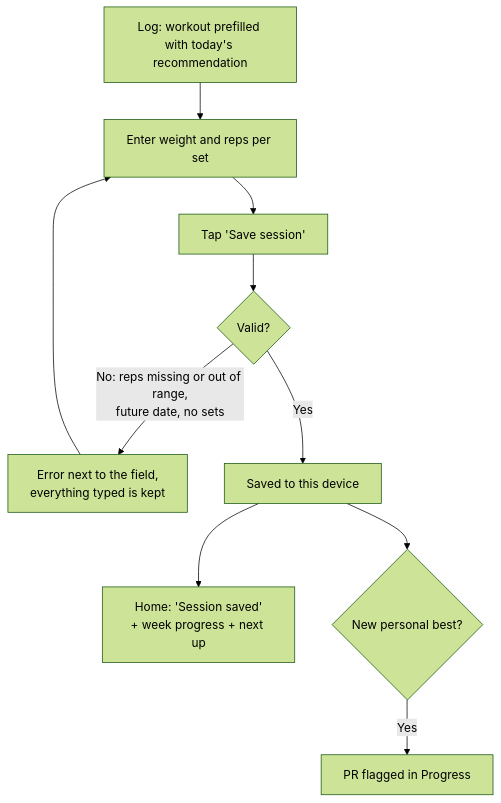
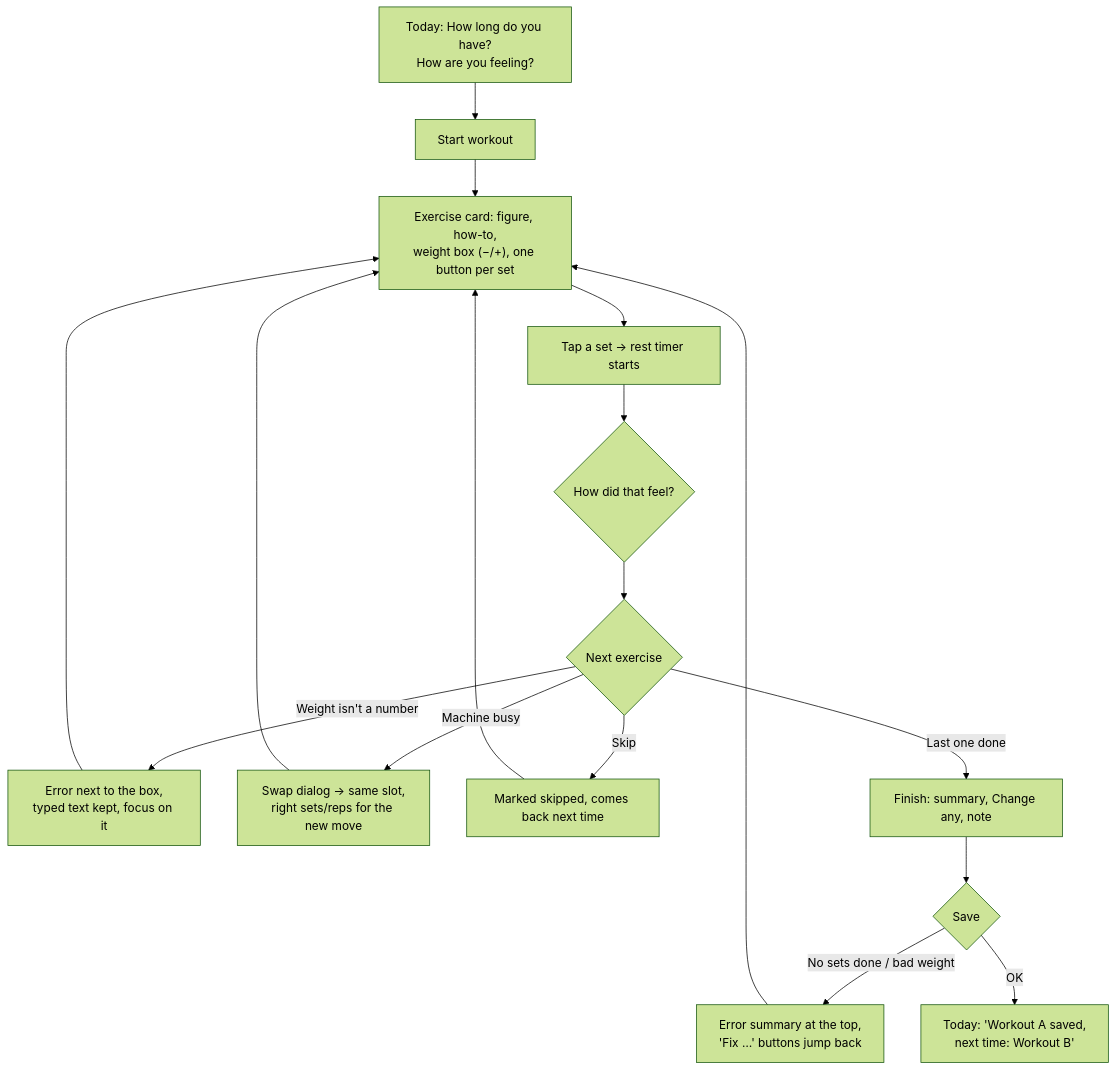
One commit to aneesamjad2001/design-build-ship-assignment-3 changed the second of 3 diagrams in flows.md. Above: the diagram before and after it, drawn with Mermaid (forest theme). The commit also changed other lines of this file and 4 other files, not shown here.

Commit message:
Docs for v3: README, flows, AGENTS.md, decisions, verify scripts

````diff
--- a/flows.md
+++ b/flows.md
@@ -29,12 +30,19 @@
 ```mermaid
 flowchart TD
-    A[Log: workout prefilled with today's recommendation] --> B[Enter weight and reps per set]
-    B --> C[Tap 'Save session']
-    C --> D{Valid?}
-    D -- "No: reps missing or out of range,<br/>future date, no sets" --> E["Error next to the field,<br/>everything typed is kept"]
-    E --> B
-    D -- Yes --> F[Saved to this device]
-    F --> G["Home: 'Session saved'<br/>+ week progress + next up"]
-    F --> H{New personal best?}
-    H -- Yes --> I[PR flagged in Progress]
+    A["Today: How long do you have?<br/>How are you feeling?"] --> B[Start workout]
+    B --> C["Exercise card: figure, how-to,<br/>weight box (−/+), one button per set"]
+    C --> D[Tap a set → rest timer starts]
+    D --> E{"How did that feel?"}
+    E --> F{Next exercise}
+    F -- "Weight isn't a number" --> G["Error next to the box,<br/>typed text kept, focus on it"]
+    G --> C
+    F -- "Machine busy" --> H["Swap dialog → same slot,<br/>right sets/reps for the new move"]
+    H --> C
+    F -- "Skip" --> I[Marked skipped, comes back next time]
+    I --> C
+    F -- "Last one done" --> J["Finish: summary, Change any, note"]
+    J --> K{Save}
+    K -- "No sets done / bad weight" --> L["Error summary at the top,<br/>'Fix …' buttons jump back"]
+    L --> C
+    K -- OK --> M["Today: 'Workout A saved,<br/>next time: Workout B'"]
 ```
````
